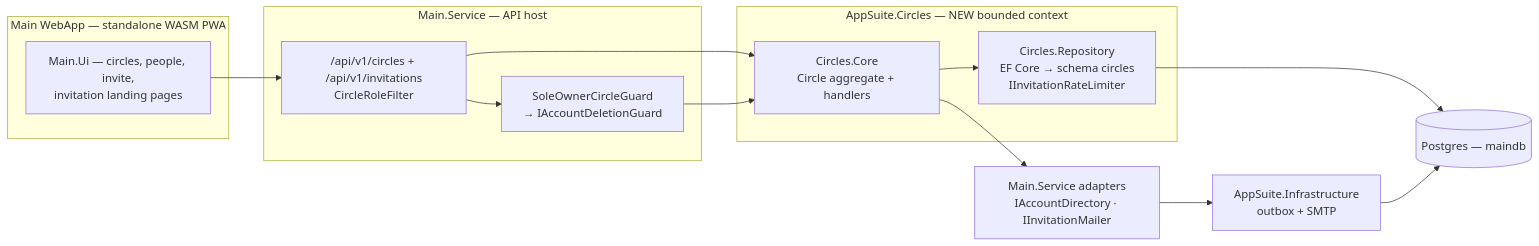
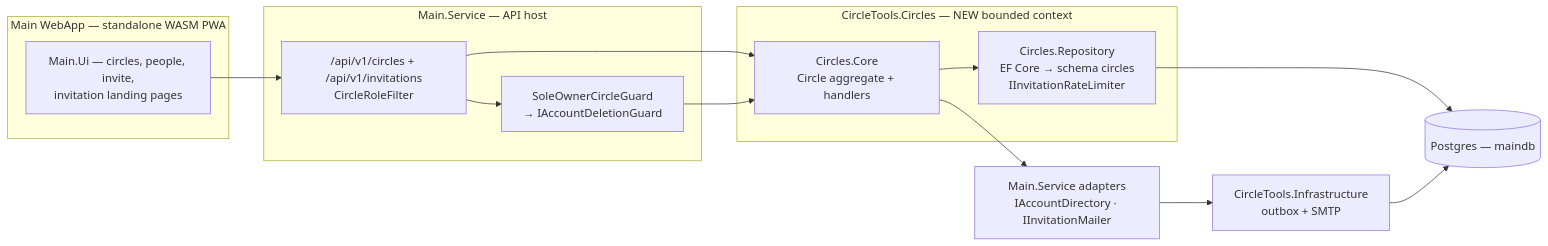
One commit to CircleTools-ch/circletools-suite changed the diagram in docs/features/FEAT-003-m2-circles.md. Above: the diagram before and after it, drawn with Mermaid. The commit also changed other lines of this file and 1242 other files, not shown here.

````diff
--- a/docs/features/FEAT-003-m2-circles.md
+++ b/docs/features/FEAT-003-m2-circles.md
@@ -82,21 +82,21 @@
 ```mermaid
 flowchart LR
     subgraph Client["Main WebApp — standalone WASM PWA"]
       Pages[Main.Ui — circles, people, invite,\ninvitation landing pages]
     end
     subgraph Server["Main.Service — API host"]
       Ep["/api/v1/circles + /api/v1/invitations\nCircleRoleFilter"]
       Guard[SoleOwnerCircleGuard\n→ IAccountDeletionGuard]
     end
-    subgraph Ctx["AppSuite.Circles — NEW bounded context"]
+    subgraph Ctx["CircleTools.Circles — NEW bounded context"]
       Core[Circles.Core\nCircle aggregate + handlers]
       Repo[Circles.Repository\nEF Core → schema circles\nIInvitationRateLimiter]
     end
     Adapters[Main.Service adapters\nIAccountDirectory · IInvitationMailer]
-    Infra[AppSuite.Infrastructure\noutbox + SMTP]
+    Infra[CircleTools.Infrastructure\noutbox + SMTP]
     Db[(Postgres — maindb)]
 
     Pages --> Ep --> Core --> Repo --> Db
     Ep --> Guard --> Core
     Core --> Adapters --> Infra --> Db
 ```
````
